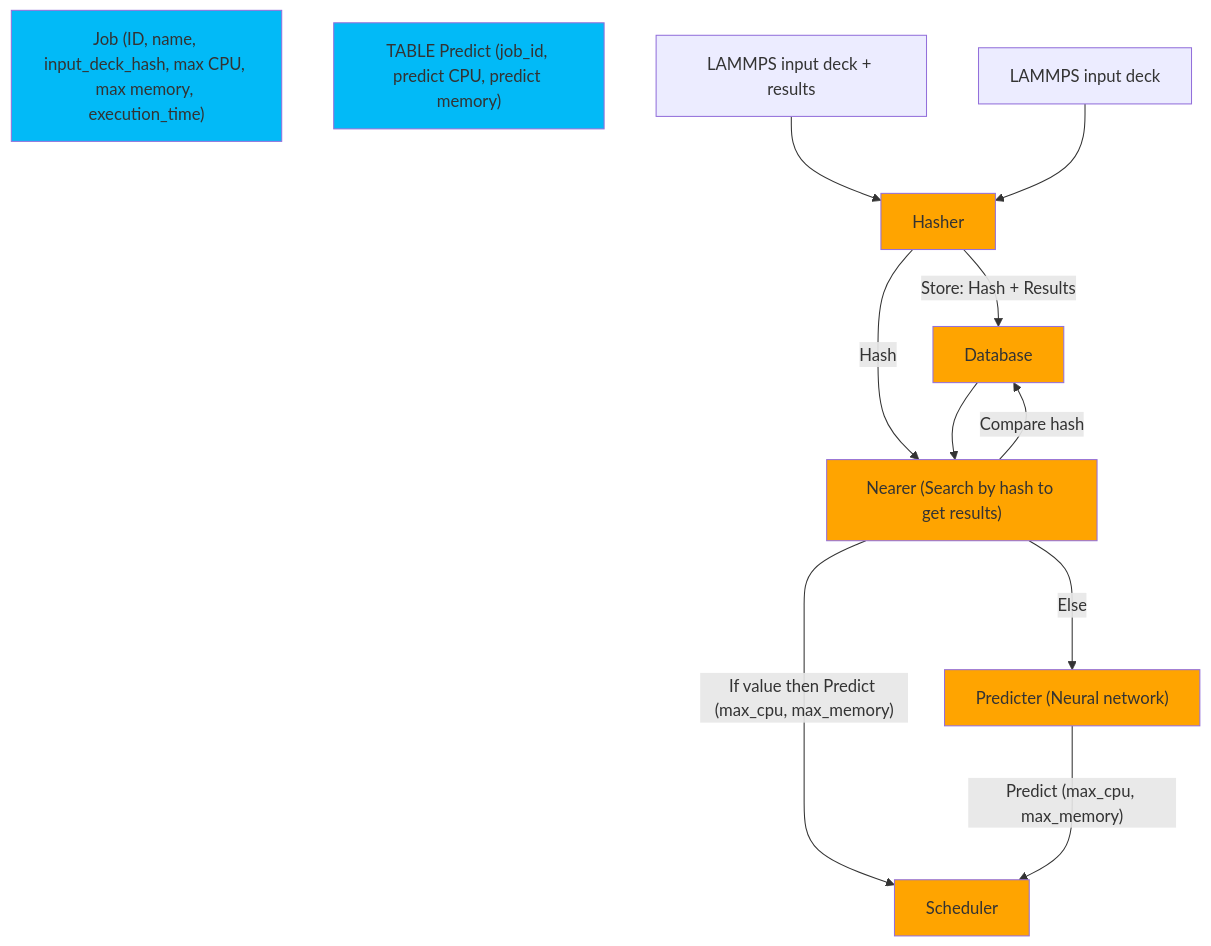
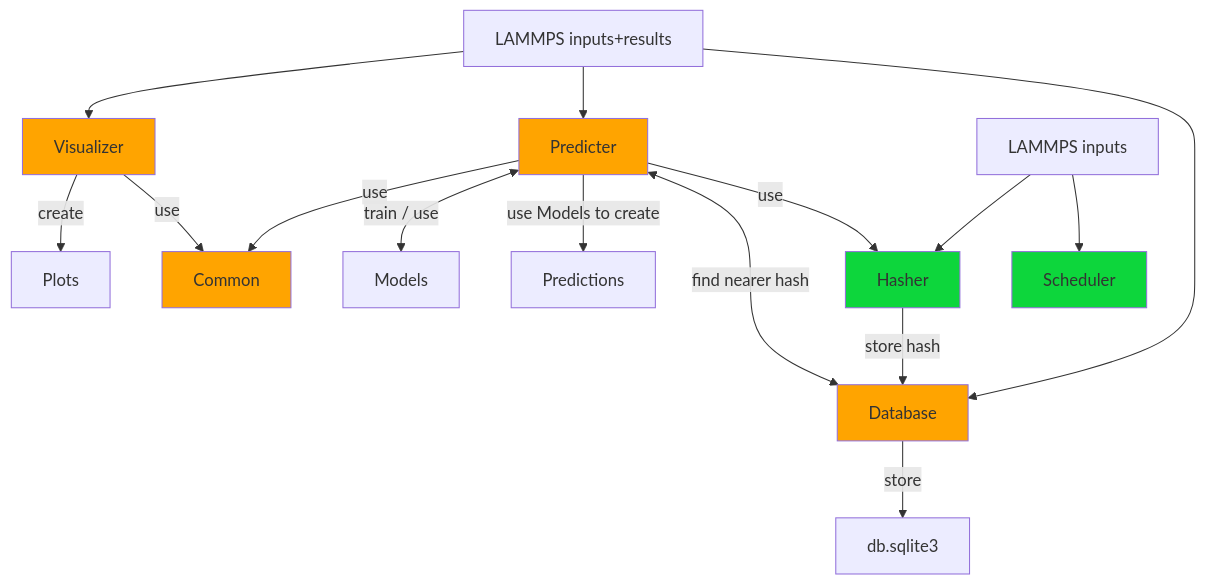
Before and after one commit to NexGenAnalytics/OVIS-Scheduling: the diagram in README.md, drawn with Mermaid. The commit also changed other lines of this file and 6 other files, not shown here.

Commit message:
better architecture and doc

````diff
--- a/README.md
+++ b/README.md
@@ -86,22 +75,32 @@
 ```mermaid
 flowchart TB
 
+  A["LAMMPS inputs+results"]
+  B["Visualizer"]:::apps
   C["Database"]:::apps
 
-  D["Job (ID, name, input_deck_hash, max CPU, max memory, execution_time)"]:::table
-  K["TABLE Predict (job_id, predict CPU, predict memory)"]:::table
+  E["Common"]:::apps
+  F["Predicter"]:::apps
+  G["Plots"]
+  H["db.sqlite3"]
+  I["Models"]
+  J["Predictions"]
+  K["Hasher"]:::wip
+  L["Scheduler"]:::wip
+  M["LAMMPS inputs"]
 
-  E["LAMMPS input deck + results"] --> F["Hasher"]:::apps
-  F --> |"Store: Hash + Results"| C
-
-  G["LAMMPS input deck"] --> F
-  F --> |Hash| H["Nearer (Search by hash to get results)"]:::apps
-  H --> |Compare hash| C
-  C --> H
-  H --> |"If value then Predict (max_cpu, max_memory)"| I["Scheduler"]:::apps
-  H ---> |Else| J["Predicter (Neural network)"]:::apps
-  J ---> |"Predict (max_cpu, max_memory)"| I
+  A --> B --> |create| G
+  B --> |use| E
+  F --> |use| E
+  A --> F <--> |train / use| I
+  M --> K --> |store hash| C
+  A --> C --> |store| H
+  F --> |use Models to create| J
+  F <--> |find nearer hash| C
+  F --> |use| K
+  M --> L
 
   classDef apps fill:#FFA400
   classDef table fill:#02BAF7
+  classDef wip fill:#0DD63C
 ```
````
